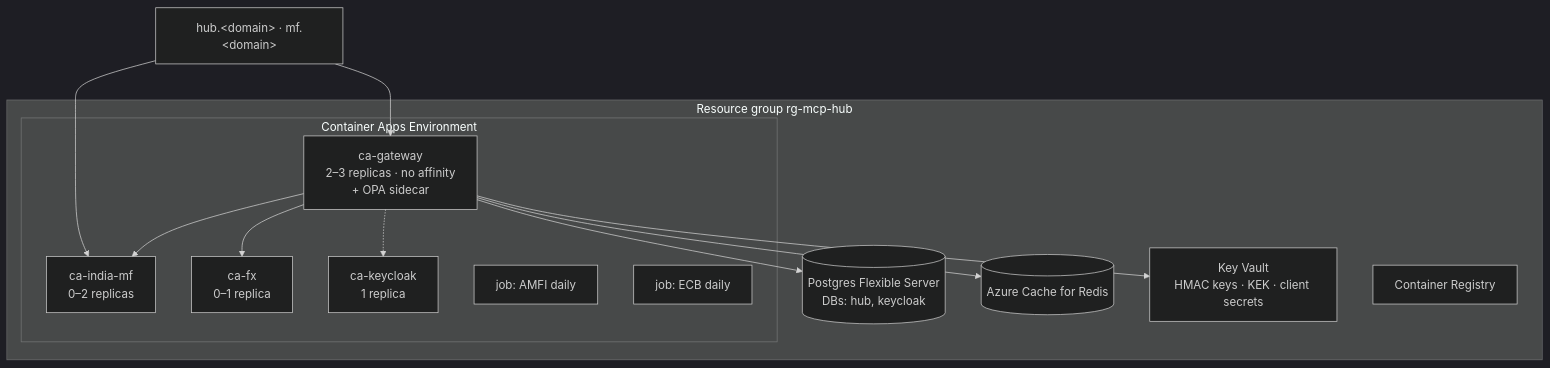
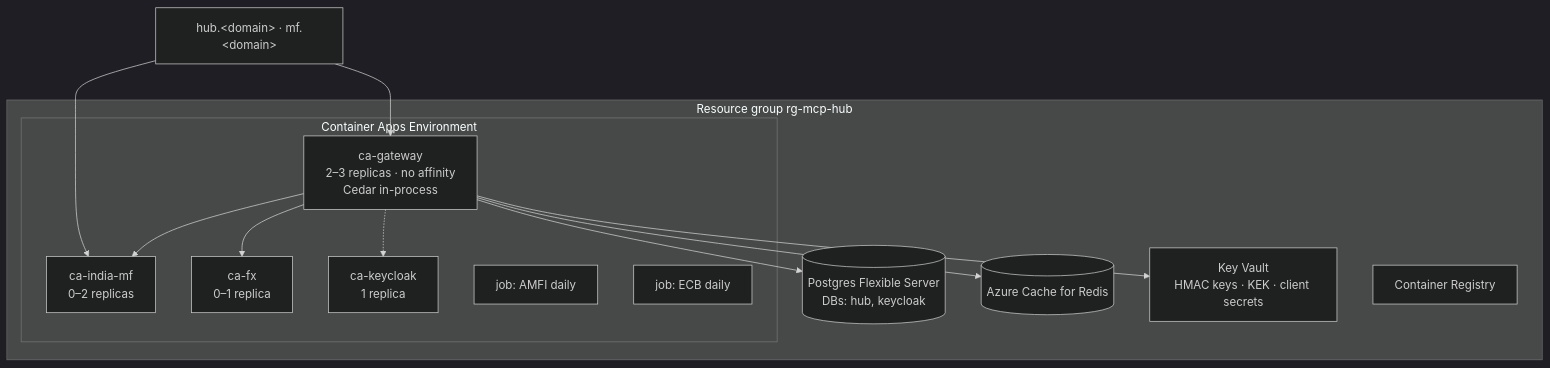
Before and after one commit to pRiMeXoMeGa/AI-Learning-Projects: the first of 2 diagrams in projects/02-mcp-hub/docs/09-build-plan/F21-azure-deployment.md, drawn with Mermaid (dark theme). The commit also changed other lines of this file and 31 other files, not shown here.

````diff
--- a/projects/02-mcp-hub/docs/09-build-plan/F21-azure-deployment.md
+++ b/projects/02-mcp-hub/docs/09-build-plan/F21-azure-deployment.md
@@ -12,20 +12,20 @@
 ```mermaid
 flowchart TB
     subgraph RG["Resource group rg-mcp-hub"]
         subgraph CAE["Container Apps Environment"]
-            GW["ca-gateway<br/>2–3 replicas · no affinity<br/>+ OPA sidecar"]
+            GW["ca-gateway<br/>2–3 replicas · no affinity<br/>Cedar in-process"]
             MF["ca-india-mf<br/>0–2 replicas"]
             FX["ca-fx<br/>0–1 replica"]
             KC["ca-keycloak<br/>1 replica"]
             J1["job: AMFI daily"]
             J2["job: ECB daily"]
         end
         PG[("Postgres Flexible Server<br/>DBs: hub, keycloak")]
         RC[("Azure Cache for Redis")]
         KV["Key Vault<br/>HMAC keys · KEK · client secrets"]
         ACR[Container Registry]
     end
     DNS["hub.&lt;domain&gt; · mf.&lt;domain&gt;"] --> GW & MF
     GW --> MF & FX & PG & RC & KV
     GW -.-> KC
 ```
````
